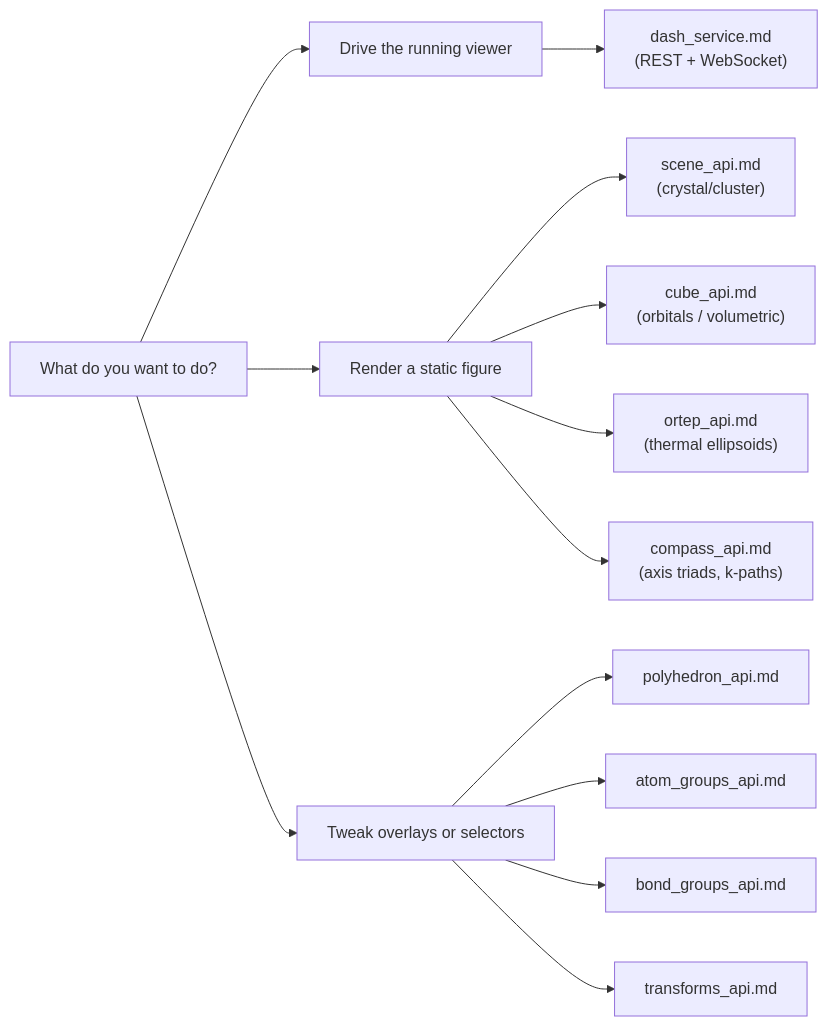
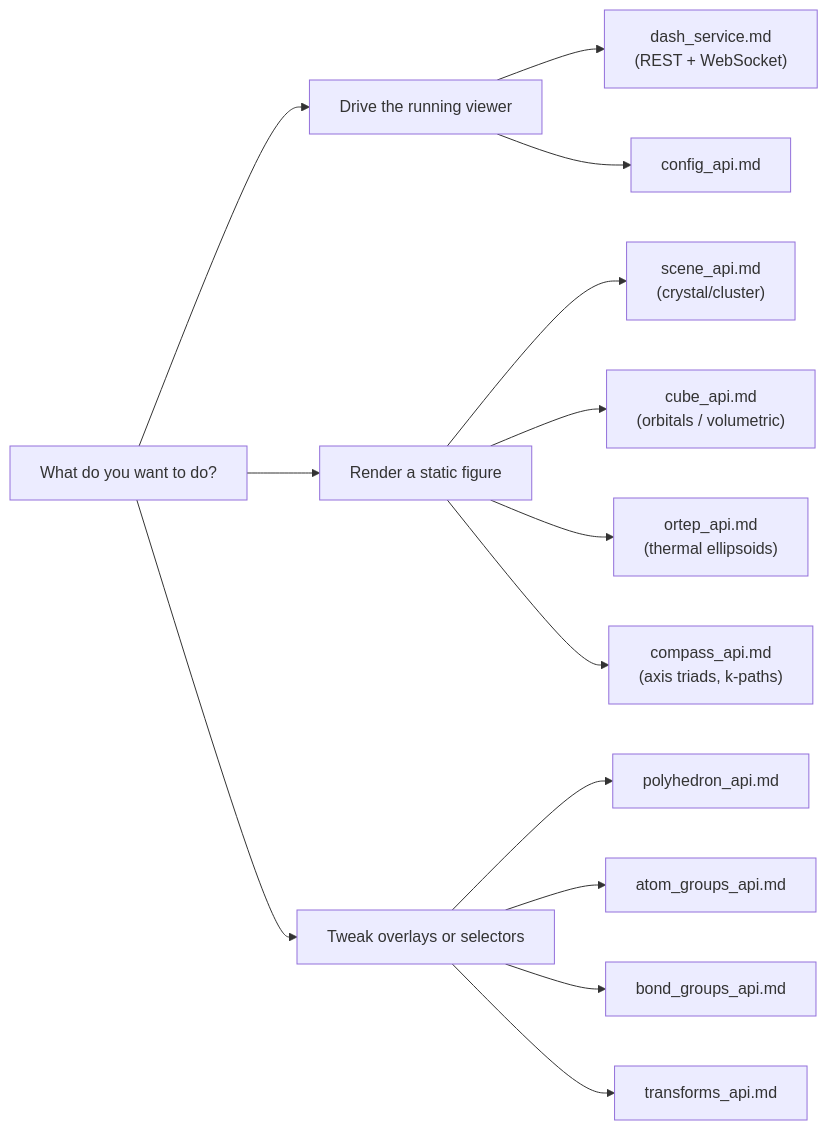
One commit to SchrodingersCattt/MatterVis changed the first of 2 diagrams in agents/README.md. Above: the diagram before and after it, drawn with Mermaid. The commit also changed other lines of this file and 16 other files, not shown here.

````diff
--- a/agents/README.md
+++ b/agents/README.md
@@ -13,19 +13,20 @@
 ```mermaid
 flowchart LR
     Q["What do you want to do?"]
     Q --> LIVE["Drive the running viewer"]
     Q --> STATIC["Render a static figure"]
     Q --> OVERLAY["Tweak overlays or selectors"]
 
     LIVE --> DASH["dash_service.md<br/>(REST + WebSocket)"]
 
     STATIC --> SCENE["scene_api.md<br/>(crystal/cluster)"]
     STATIC --> CUBE["cube_api.md<br/>(orbitals / volumetric)"]
     STATIC --> ORTEP["ortep_api.md<br/>(thermal ellipsoids)"]
     STATIC --> COMPASS["compass_api.md<br/>(axis triads, k-paths)"]
 
     OVERLAY --> POLY["polyhedron_api.md"]
     OVERLAY --> AG["atom_groups_api.md"]
     OVERLAY --> BG["bond_groups_api.md"]
     OVERLAY --> TR["transforms_api.md"]
+    LIVE --> CONFIG["config_api.md"]
 ```
````
